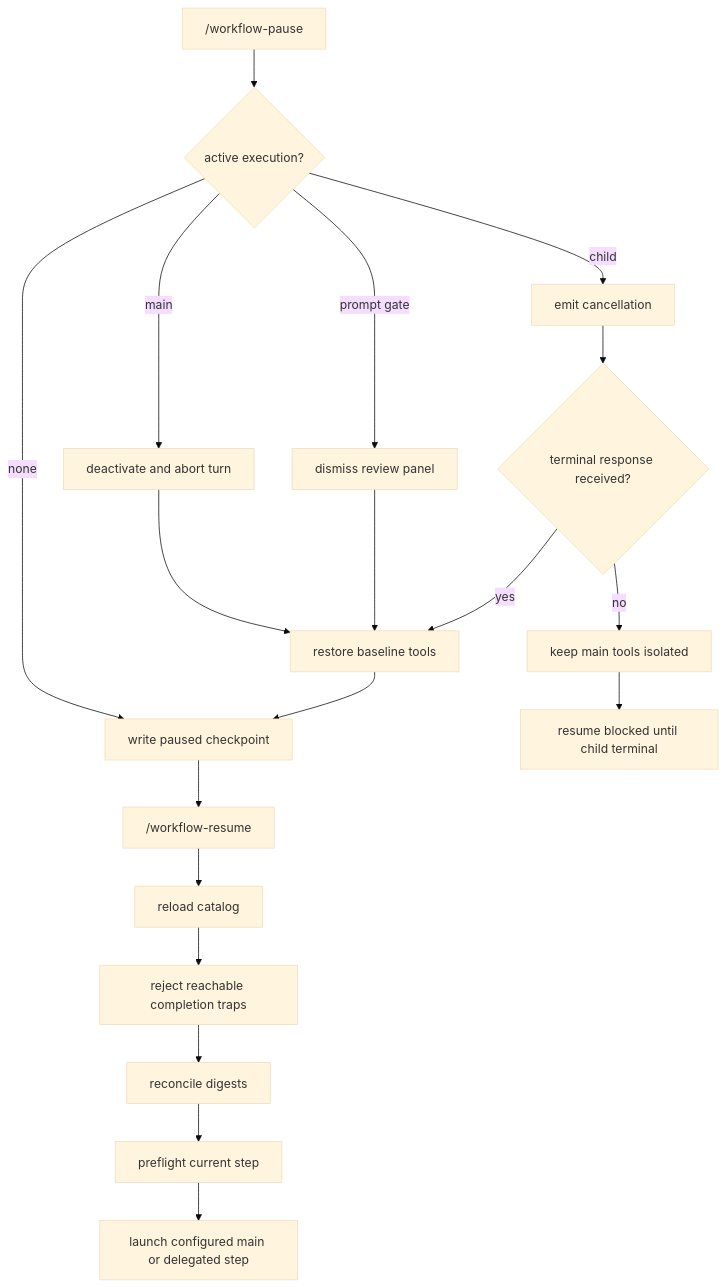
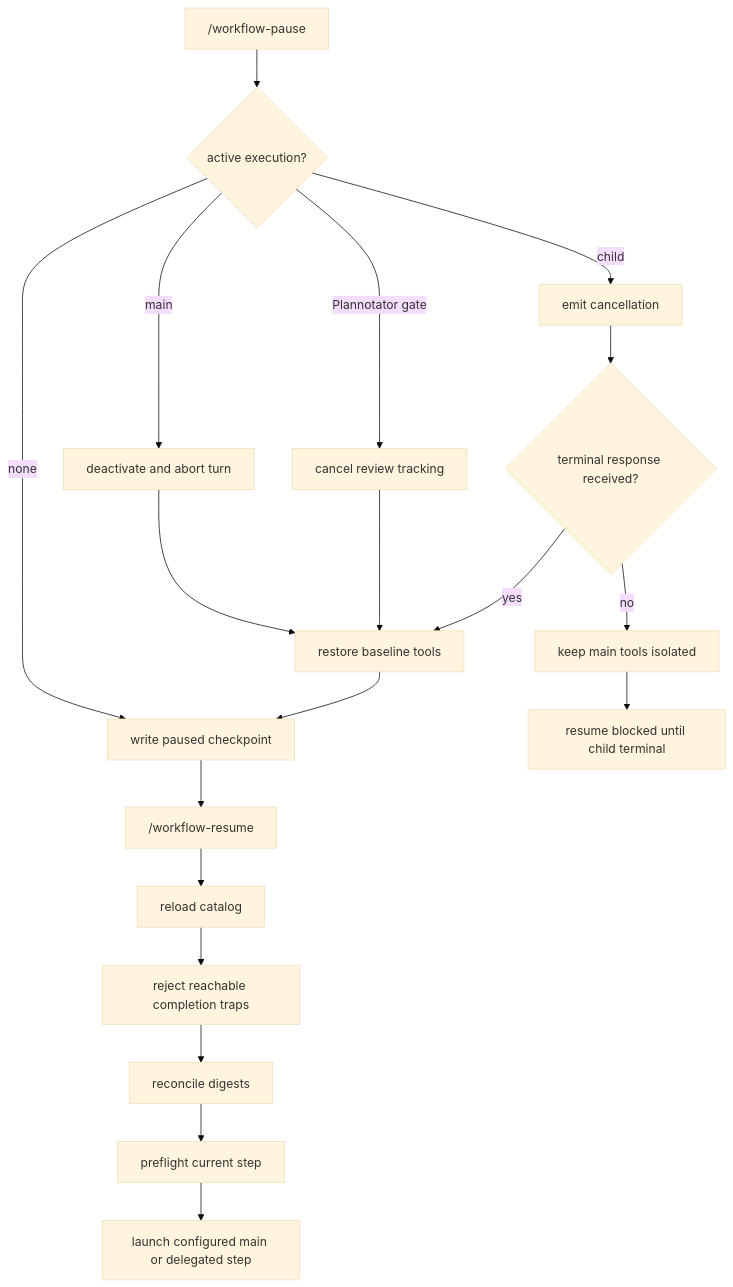
Before and after one commit to wichayutdew/pi-workflows: the sixth of 8 diagrams in openwiki/architecture/runtime-lifecycle.md, drawn with Mermaid (base theme). The commit also changed other lines of this file and 66 other files, not shown here.

````diff
--- a/openwiki/architecture/runtime-lifecycle.md
+++ b/openwiki/architecture/runtime-lifecycle.md
@@ -221,21 +221,21 @@
 ```mermaid
 flowchart TD
   Pause["/workflow-pause"] --> Active{active execution?}
   Active -- main --> Stop[deactivate and abort turn]
-  Active -- prompt gate --> Dismiss[dismiss review panel]
+  Active -- Plannotator gate --> CancelReview[cancel review tracking]
   Active -- child --> Cancel[emit cancellation]
   Active -- none --> Checkpoint[write paused checkpoint]
   Stop --> Restore[restore baseline tools]
-  Dismiss --> Restore
+  CancelReview --> Restore
   Cancel --> Confirmed{terminal response received?}
   Confirmed -- yes --> Restore[restore baseline tools]
   Confirmed -- no --> Isolate[keep main tools isolated]
   Restore --> Checkpoint
   Isolate --> BlockResume[resume blocked until child terminal]
   Checkpoint --> Resume["/workflow-resume"]
   Resume --> Reload[reload catalog]
   Reload --> Doctor[reject reachable completion traps]
   Doctor --> Reconcile[reconcile digests]
   Reconcile --> Preflight[preflight current step]
   Preflight --> Launch[launch configured main or delegated step]
 ```
````
